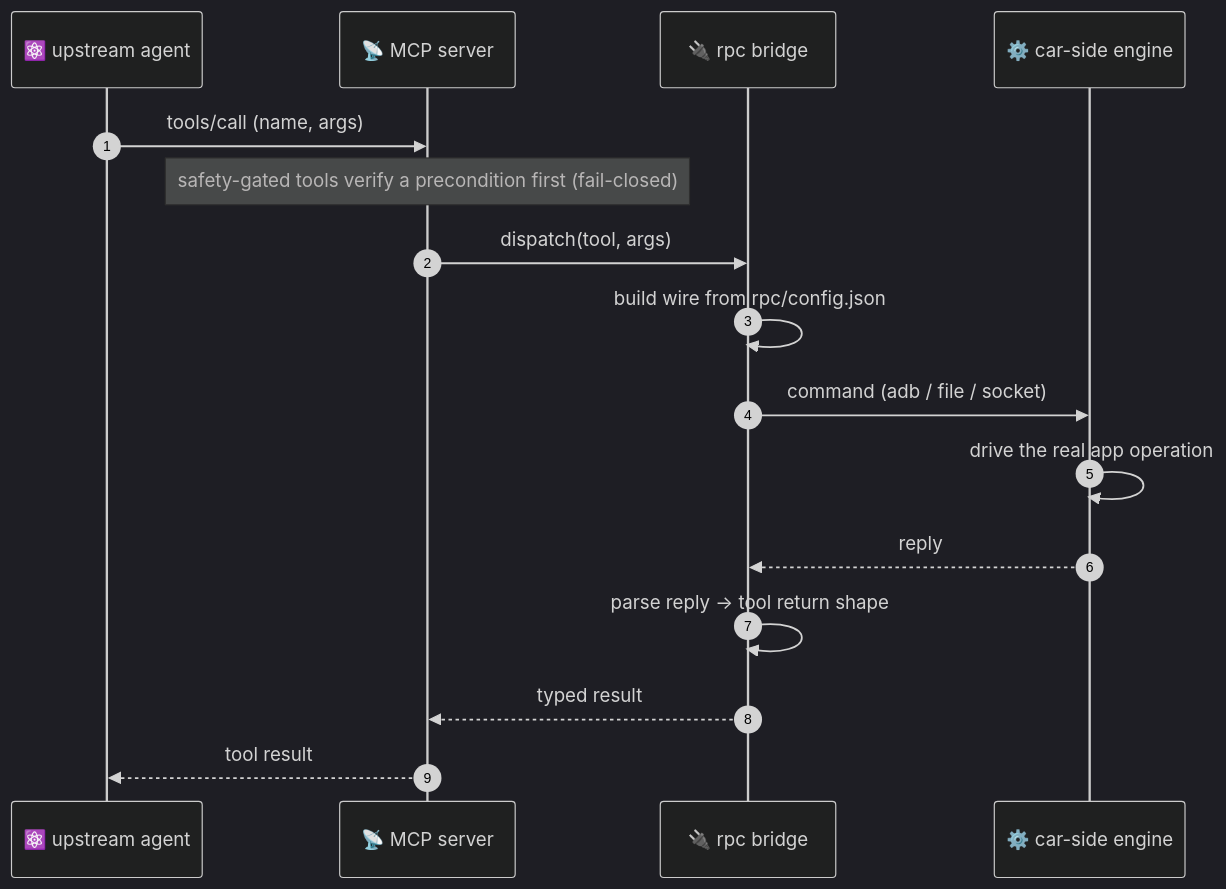
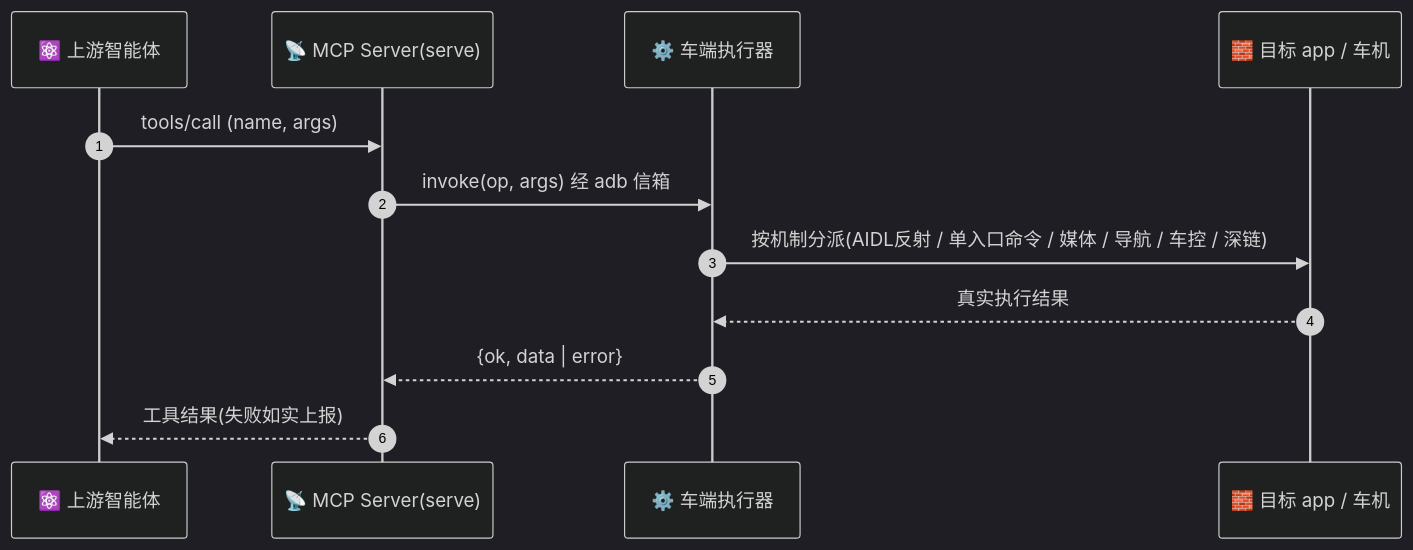
The diagram in README.md (MatCaviar/BRIDGE), drawn with Mermaid (dark theme) before and after one commit. The commit also changed other lines of this file and 1 other file, not shown here.

Commit message:
README 重写开头: 两段平实中文讲清 BRIDGE 是什么/怎么工作(四步主线+运行期时序图)/交付物表(对齐 0.1.23 真实产物与 scope 分级)/可靠性表; 修正 Install 旧命令示例为 validate/serve/invoke 实际三命令; 全文清扫破折号与门控措辞(双语文档), 保留英文名 tagline

````diff
--- a/README.md
+++ b/README.md
@@ -66,19 +37,15 @@
 ```mermaid
 sequenceDiagram
     autonumber
-    participant Agent as ⚛️ upstream agent
-    participant Server as 📡 MCP server
-    participant Bridge as 🔌 rpc bridge
-    participant Engine as ⚙️ car-side engine
+    participant Agent as ⚛️ 上游智能体
+    participant Server as 📡 MCP Server(serve)
+    participant Executor as ⚙️ 车端执行器
+    participant App as 🧱 目标 app / 车机
 
     Agent->>Server: tools/call (name, args)
-    Note over Server: safety-gated tools verify a precondition first (fail-closed)
-    Server->>Bridge: dispatch(tool, args)
-    Bridge->>Bridge: build wire from rpc/config.json
-    Bridge->>Engine: command (adb / file / socket)
-    Engine->>Engine: drive the real app operation
-    Engine-->>Bridge: reply
-    Bridge->>Bridge: parse reply → tool return shape
-    Bridge-->>Server: typed result
-    Server-->>Agent: tool result
+    Server->>Executor: invoke(op, args) 经 adb 信箱
+    Executor->>App: 按机制分派(AIDL反射 / 单入口命令 / 媒体 / 导航 / 车控 / 深链)
+    App-->>Executor: 真实执行结果
+    Executor-->>Server: {ok, data | error}
+    Server-->>Agent: 工具结果(失败如实上报)
 ```
````
